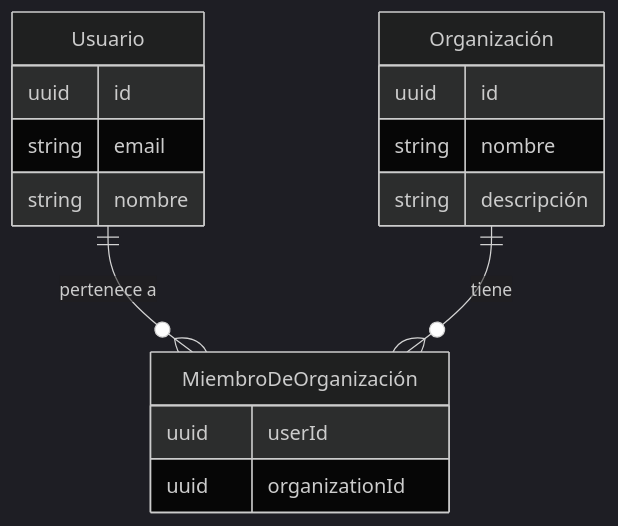
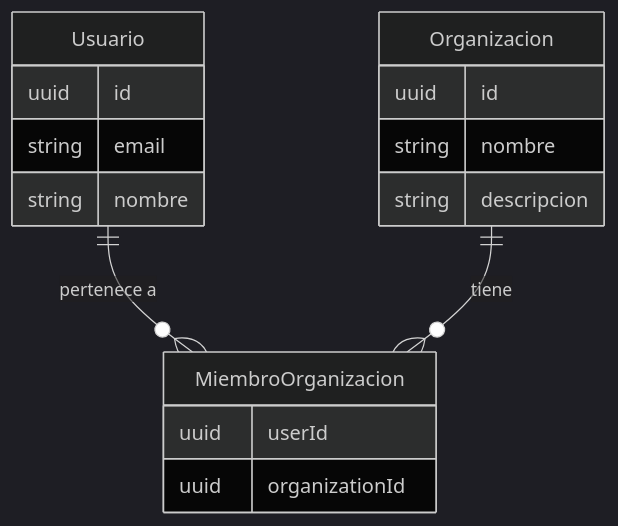
The second of 7 diagrams in i18n/es/docusaurus-plugin-content-docs/current/use-cases/multi-tenancy/build-multi-tenant-saas-application.mdx (logto-io/docs), drawn with Mermaid (dark theme) before and after one commit. The commit also changed other lines of this file and 666 other files, not shown here.

````diff
--- a/i18n/es/docusaurus-plugin-content-docs/current/use-cases/multi-tenancy/build-multi-tenant-saas-application.mdx
+++ b/i18n/es/docusaurus-plugin-content-docs/current/use-cases/multi-tenancy/build-multi-tenant-saas-application.mdx
@@ -206,20 +206,20 @@
 ```mermaid
 erDiagram
-    Usuario ||--o{ MiembroDeOrganización : "pertenece a"
-    Organización ||--o{ MiembroDeOrganización : "tiene"
+    Usuario ||--o{ MiembroOrganizacion : "pertenece a"
+    Organizacion ||--o{ MiembroOrganizacion : "tiene"
 
     Usuario {
         uuid id
         string email
         string nombre
     }
-    Organización {
+    Organizacion {
         uuid id
         string nombre
-        string descripción
+        string descripcion
     }
-    MiembroDeOrganización {
+    MiembroOrganizacion {
         uuid userId
         uuid organizationId
     }
 ```
````
